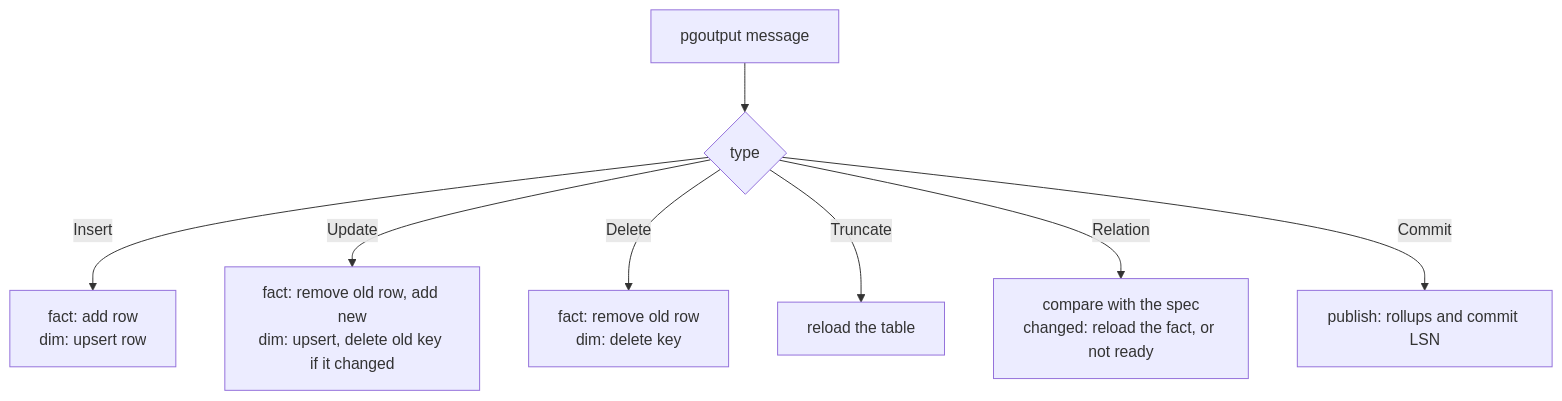
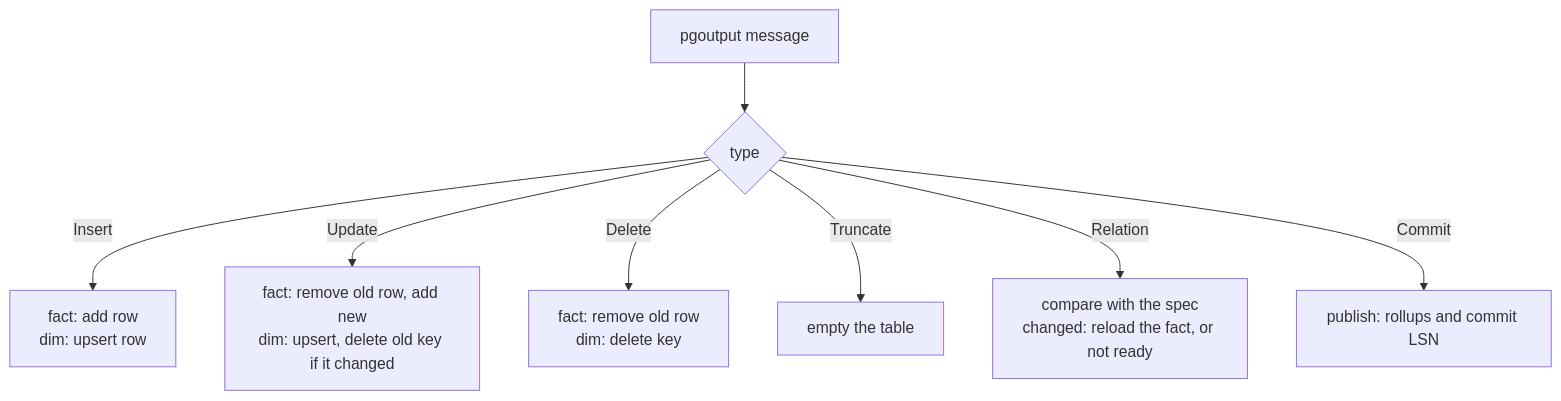
One commit to janbjorge/straum changed the third of 5 diagrams in research/ARCHITECTURE.md. Above: the diagram before and after it, drawn with Mermaid. The commit also changed other lines of this file and 11 other files, not shown here.

````diff
--- a/research/ARCHITECTURE.md
+++ b/research/ARCHITECTURE.md
@@ -198,10 +198,10 @@
 ```mermaid
 flowchart TD
   m["pgoutput message"] --> k{"type"}
   k -->|Insert| i["fact: add row<br/>dim: upsert row"]
   k -->|Update| u["fact: remove old row, add new<br/>dim: upsert, delete old key if it changed"]
   k -->|Delete| d["fact: remove old row<br/>dim: delete key"]
-  k -->|Truncate| t["reload the table"]
+  k -->|Truncate| t["empty the table"]
   k -->|Relation| r["compare with the spec<br/>changed: reload the fact, or not ready"]
   k -->|Commit| c["publish: rollups and commit LSN"]
 ```
````
